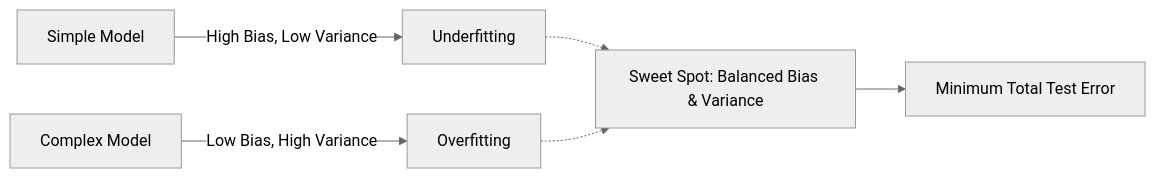
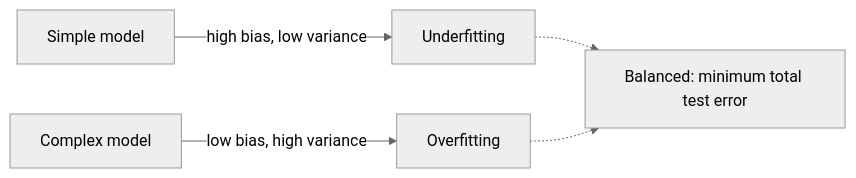
The second of 3 diagrams in semester-1/05-supervised-ml-regression/notes/05-model-optimization.md (mhd-riaz/data-scientist-roadmap), drawn with Mermaid (neutral theme) before and after one commit. The commit also changed other lines of this file and 5 other files, not shown here.

````diff
--- a/semester-1/05-supervised-ml-regression/notes/05-model-optimization.md
+++ b/semester-1/05-supervised-ml-regression/notes/05-model-optimization.md
@@ -45,8 +69,7 @@
 ```mermaid
 flowchart LR
-    A[Simple Model] -->|High Bias, Low Variance| B[Underfitting]
-    C[Complex Model] -->|Low Bias, High Variance| D[Overfitting]
-    B -.-> E[Sweet Spot: Balanced Bias & Variance]
+    A[Simple model] -->|"high bias, low variance"| B[Underfitting]
+    C[Complex model] -->|"low bias, high variance"| D[Overfitting]
+    B -.-> E["Balanced: minimum total test error"]
     D -.-> E
-    E --> F[Minimum Total Test Error]
 ```
````
